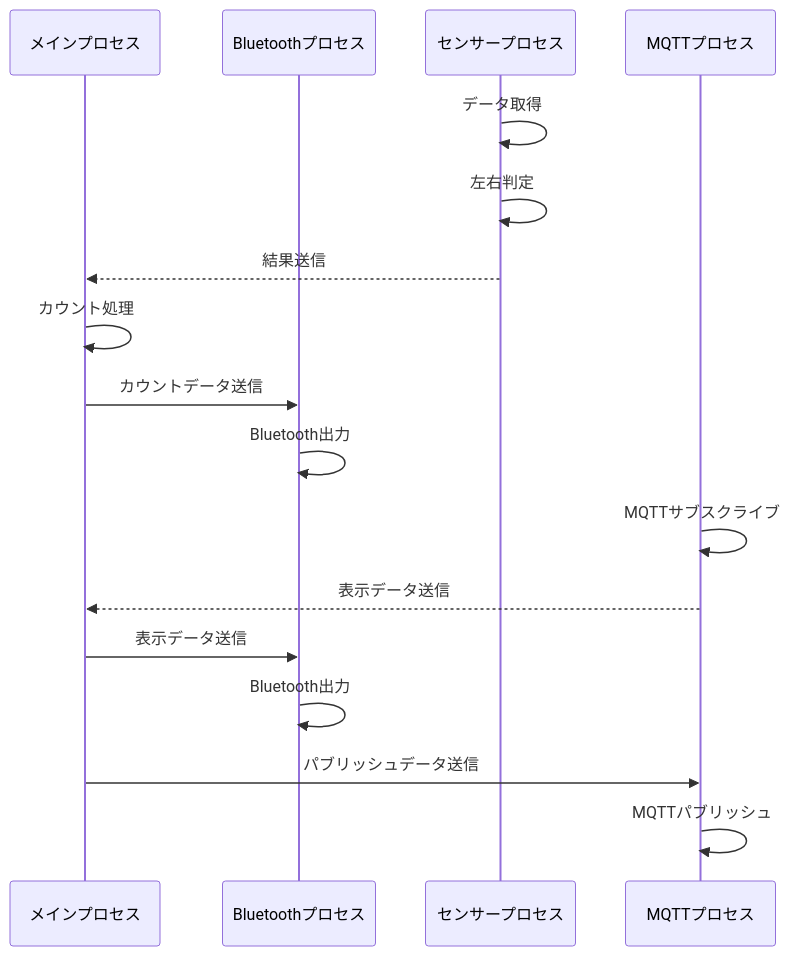
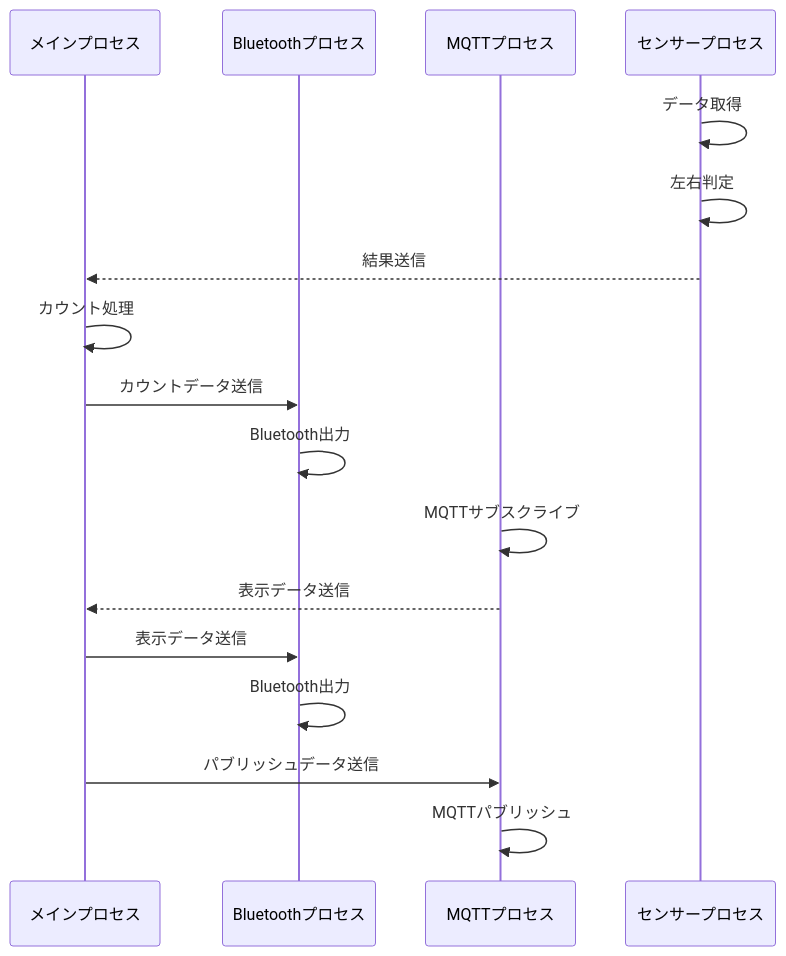
One commit to Hhelibebcnofne/escalator-enquete changed the diagram in docs/spresense.md. Above: the diagram before and after it, drawn with Mermaid. The commit also changed other lines of this file, not shown here.

Commit message:
refactor: Update sequence diagram to include sensor process

````diff
--- a/docs/spresense.md
+++ b/docs/spresense.md
@@ -3,19 +3,19 @@
 ```mermaid
 sequenceDiagram
     participant Main as メインプロセス
     participant Bt as Bluetoothプロセス
+    participant Mqtt as MQTTプロセス
     participant Sensor as センサープロセス
-    participant Mqtt as MQTTプロセス
     Sensor ->> Sensor: データ取得
     Sensor ->> Sensor: 左右判定
     Sensor -->> Main: 結果送信
     Main ->> Main: カウント処理
     Main ->> Bt: カウントデータ送信
     Bt ->> Bt: Bluetooth出力
     Mqtt ->> Mqtt: MQTTサブスクライブ
     Mqtt -->> Main: 表示データ送信
     Main ->> Bt: 表示データ送信
     Bt ->> Bt: Bluetooth出力
     Main ->> Mqtt: パブリッシュデータ送信
     Mqtt ->> Mqtt: MQTTパブリッシュ
 ```
````
